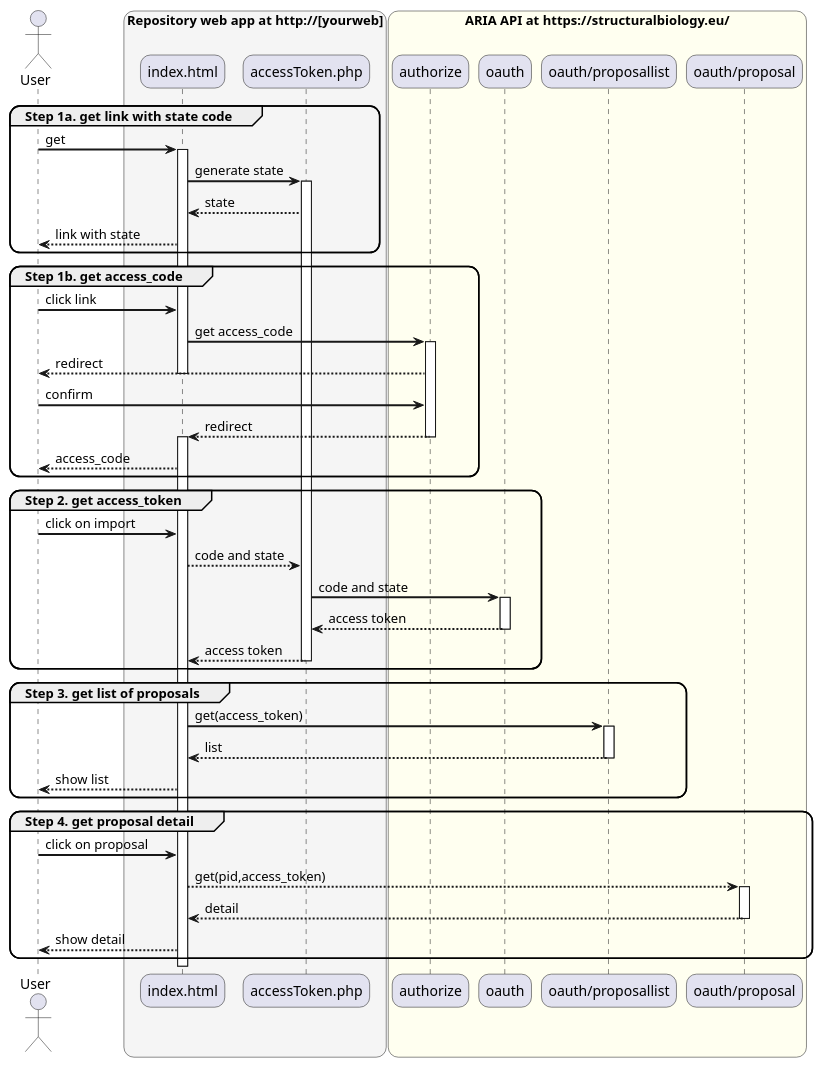
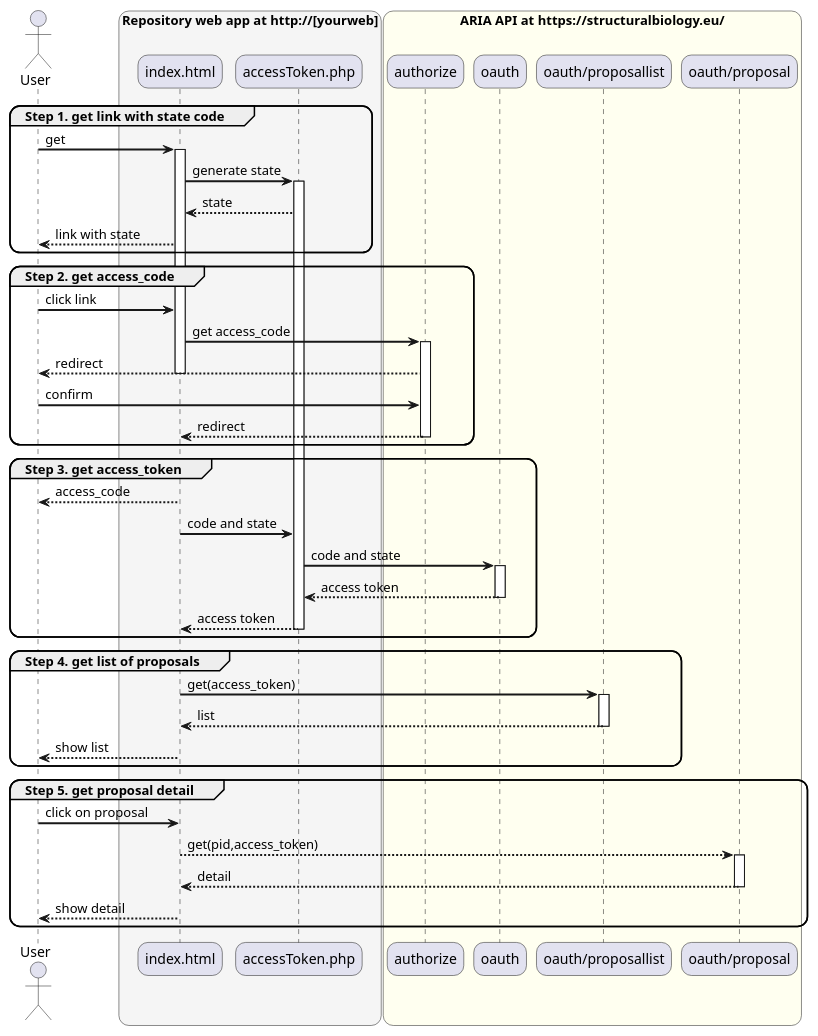
The diagram in repository/developers-guide/aria-integration.md (h2020-westlife-eu/westlife-docs), drawn with PlantUML before and after one commit. The commit also changed other lines of this file, not shown here.

```diff
--- a/repository/developers-guide/aria-integration.md
+++ b/repository/developers-guide/aria-integration.md
@@ -9,61 +11,60 @@
 {% plantuml %}
 skinparam sequenceArrowThickness 2
 skinparam roundcorner 20
 
 actor User
 box "Repository web app at http://[yourweb]" #WhiteSmoke
   participant "index.html" as index
   participant "accessToken.php" as php
 end box
 box "ARIA API at https://structuralbiology.eu/" #Ivory
 participant "authorize" as authorize
 participant "oauth" as oauth
 participant "oauth/proposallist" as list
 participant "oauth/proposal" as proposal
 end box
-group Step 1a. get link with state code
+group Step 1. get link with state code
   User -> index: get
   activate index
   index -> php: generate state
   activate php
   php --> index: state
   index --> User: link with state
 end
-group Step 1b. get access_code
+group Step 2. get access_code
   User -> index: click link
   index -> authorize: get access_code
   activate authorize
   authorize --> User: redirect
   deactivate index
   User -> authorize: confirm 
   authorize --> index: redirect
   deactivate authorize
+end
+group Step 3. get access_token
   activate index
   index --> User: access_code
-end
-group Step 2. get access_token
-  User -> index: click on import
-  index --> php: code and state
+  index -> php: code and state
   php -> oauth: code and state
   activate oauth
   oauth --> php: access token
   deactivate oauth
   php --> index: access token
   deactivate php
 end
-group Step 3. get list of proposals
+group Step 4. get list of proposals
   index -> list: get(access_token)
   activate list
   list --> index: list
   deactivate list
   index --> User: show list
 end
-group Step 4. get proposal detail
+group Step 5. get proposal detail
   User -> index: click on proposal
   index --> proposal: get(pid,access_token)
   activate proposal
   proposal --> index: detail
   deactivate proposal
   index --> User: show detail
 end
 {% endplantuml %}
```
